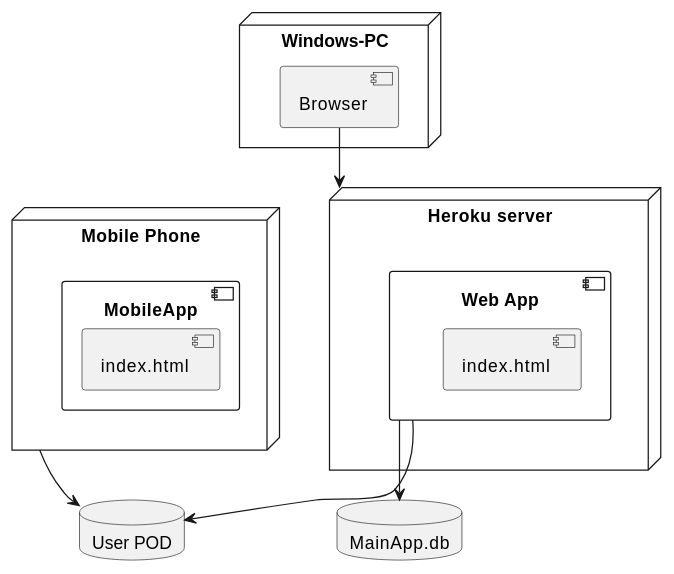
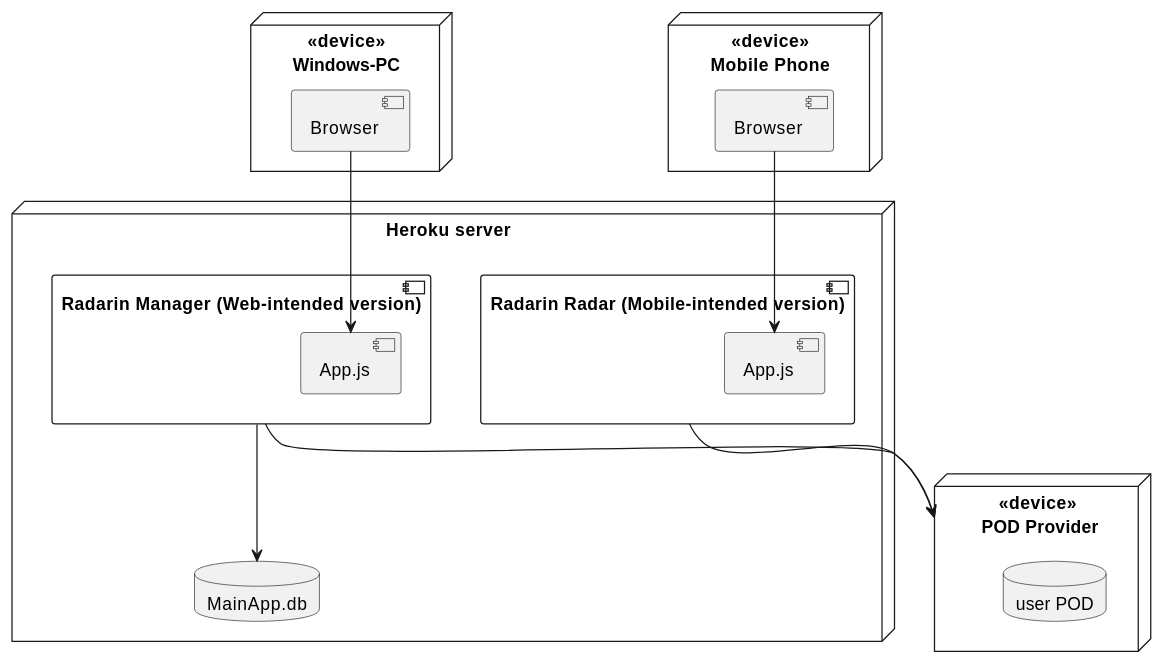
The diagram in webapp/docs/07_deployment_view.adoc (Arquisoft/radarin_en1b), drawn with PlantUML before and after one commit.

Commit message:
Updated PlantUML in section 7

```diff
--- a/webapp/docs/07_deployment_view.adoc
+++ b/webapp/docs/07_deployment_view.adoc
@@ -53,32 +53,38 @@
 [plantuml,"Component diagram",png]
 ----
-node "Windows-PC" {
+node "<<device>>\nWindows-PC" {
      
-    component [Browser] as Navegador
+    component [Browser] as NavegadorPc
     
  }
+node "<<device>>\n POD Provider" as podProvider {
+ 
+ database "user POD" as upod
+}
 
 node "Heroku server" as MainPage{
-    component "Web App" as MainApp {
-       component [index.html] as MainIndex
+    component "Radarin Manager (Web-intended version)" as MainApp {
+       component [App.js] as MainIndex
     }
-    
+   
+   component "Radarin Radar (Mobile-intended version)" as MobileApp {
+        component [App.js] as MobileIndex
+   }
+
+  database "MainApp.db" as MainDatabase
 }
 
-Navegador --> MainPage
+node "<<device>>\nMobile Phone" as Mobile {
 
-node "Mobile Phone" as Mobile{
-     component "MobileApp" as MobileApp {
-        component [index.html] as MobileIndex
-     }
-     
+  component [Browser] as NavegadorMovil
 }
 
-database "User POD" as UPOD
+NavegadorPc --> MainIndex
+NavegadorMovil --> MobileIndex
 
-database "MainApp.db" as MainDatabase
+
 
 MainApp --> MainDatabase
-MainApp --> UPOD
-Mobile --> UPOD
+MainApp --> podProvider
+MobileApp --> podProvider
 ----
```
